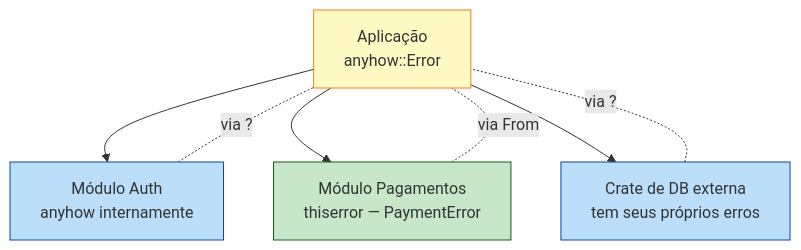
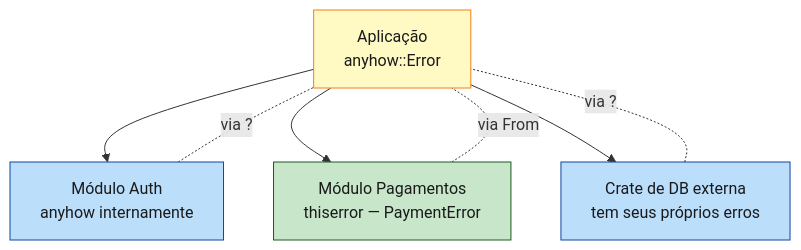
Before and after one commit to Felipeness/ferro-e-espirito: the second of 3 diagrams in book/part-15-patterns-and-idioms/ch43-error-handling-avancado.md, drawn with Mermaid. The commit also changed other lines of this file and 56 other files, not shown here.

First line of the commit message:
fix: contraste de texto em diagramas mermaid

````diff
--- a/book/part-15-patterns-and-idioms/ch43-error-handling-avancado.md
+++ b/book/part-15-patterns-and-idioms/ch43-error-handling-avancado.md
@@ -179,16 +179,16 @@
 ```mermaid
 graph TB
     App[Aplicação<br/>anyhow::Error]
     App --> Auth[Módulo Auth<br/>anyhow internamente]
     App --> Pay[Módulo Pagamentos<br/>thiserror — PaymentError]
     App --> DB[Crate de DB externa<br/>tem seus próprios erros]
 
     Pay -.via From.- App
     DB -.via ?.- App
     Auth -.via ?.- App
 
-    style App fill:#fff9c4,stroke:#f57f17
-    style Pay fill:#c8e6c9,stroke:#1b5e20
-    style DB fill:#bbdefb,stroke:#0d47a1
-    style Auth fill:#bbdefb,stroke:#0d47a1
+    style App fill:#fff9c4,stroke:#f57f17,color:#1a1a1a
+    style Pay fill:#c8e6c9,stroke:#1b5e20,color:#1a1a1a
+    style DB fill:#bbdefb,stroke:#0d47a1,color:#1a1a1a
+    style Auth fill:#bbdefb,stroke:#0d47a1,color:#1a1a1a
 ```
````
